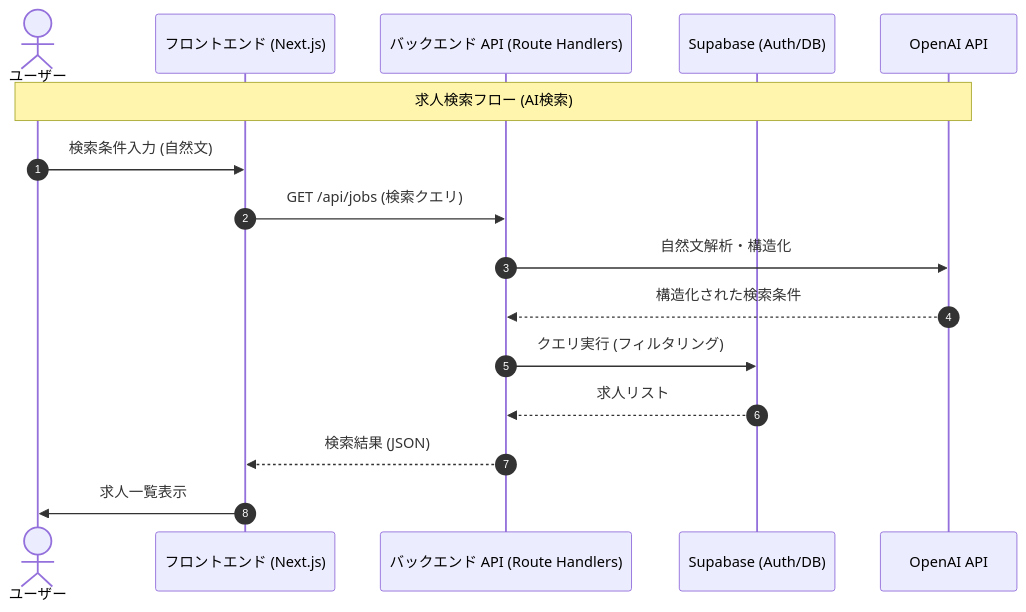
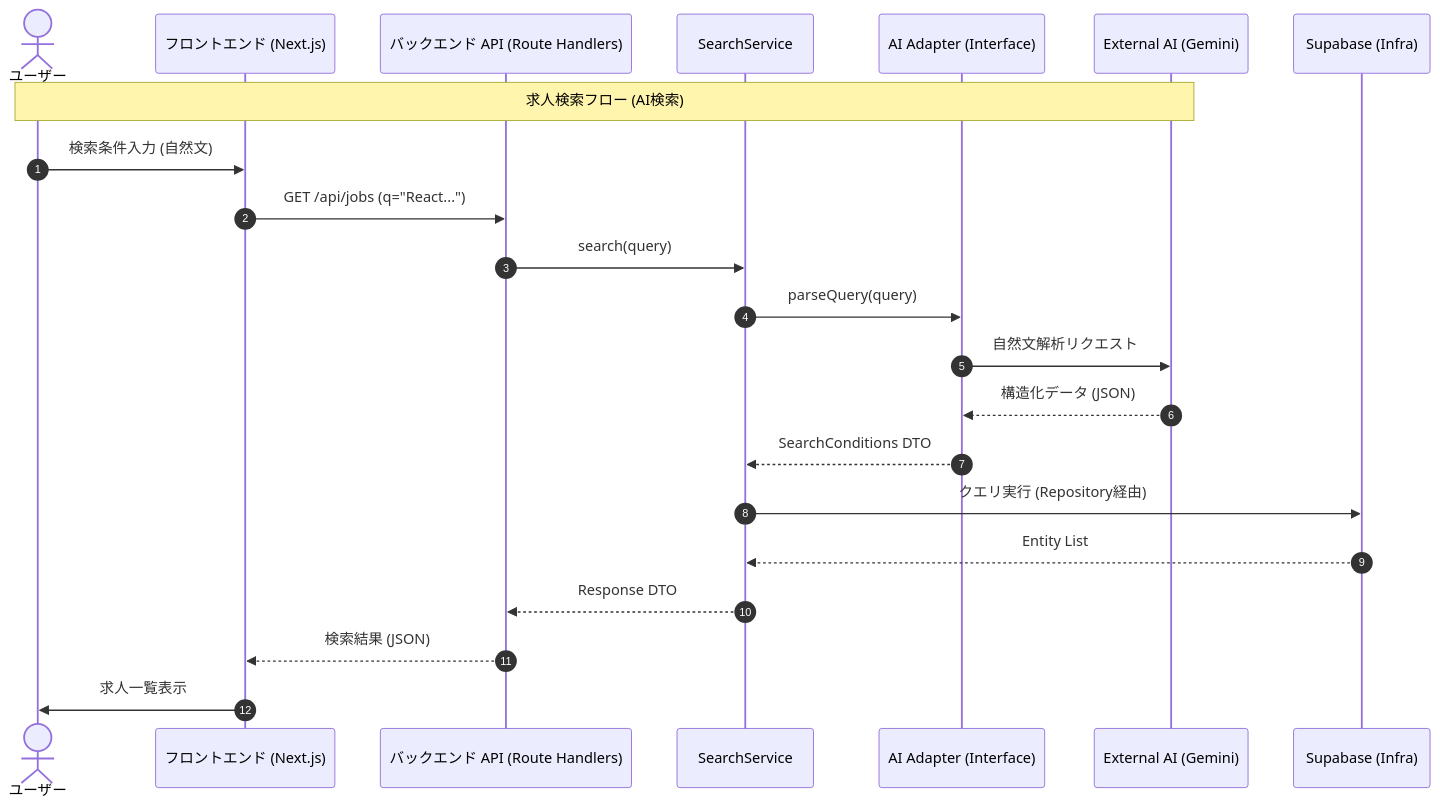
Before and after one commit to adgjmptwgw/job-scope: the diagram in docs/detail-design/api/02-search.md, drawn with Mermaid. The commit also changed other lines of this file and 21 other files, not shown here.

````diff
--- a/docs/detail-design/api/02-search.md
+++ b/docs/detail-design/api/02-search.md
@@ -12,19 +39,25 @@
 ```mermaid
 sequenceDiagram
     autonumber
     actor User as ユーザー
     participant Client as フロントエンド (Next.js)
     participant API as バックエンド API (Route Handlers)
-    participant Supabase as Supabase (Auth/DB)
-    participant AI as OpenAI API
+    participant Service as SearchService
+    participant Adapter as AI Adapter (Interface)
+    participant AI as External AI (Gemini)
+    participant Supabase as Supabase (Infra)
 
     Note over User, AI: 求人検索フロー (AI検索)
     User->>Client: 検索条件入力 (自然文)
-    Client->>API: GET /api/jobs (検索クエリ)
-    API->>AI: 自然文解析・構造化
-    AI-->>API: 構造化された検索条件
-    API->>Supabase: クエリ実行 (フィルタリング)
-    Supabase-->>API: 求人リスト
+    Client->>API: GET /api/jobs (q="React...")
+    API->>Service: search(query)
+    Service->>Adapter: parseQuery(query)
+    Adapter->>AI: 自然文解析リクエスト
+    AI-->>Adapter: 構造化データ (JSON)
+    Adapter-->>Service: SearchConditions DTO
+    Service->>Supabase: クエリ実行 (Repository経由)
+    Supabase-->>Service: Entity List
+    Service-->>API: Response DTO
     API-->>Client: 検索結果 (JSON)
     Client->>User: 求人一覧表示
 ```
````
